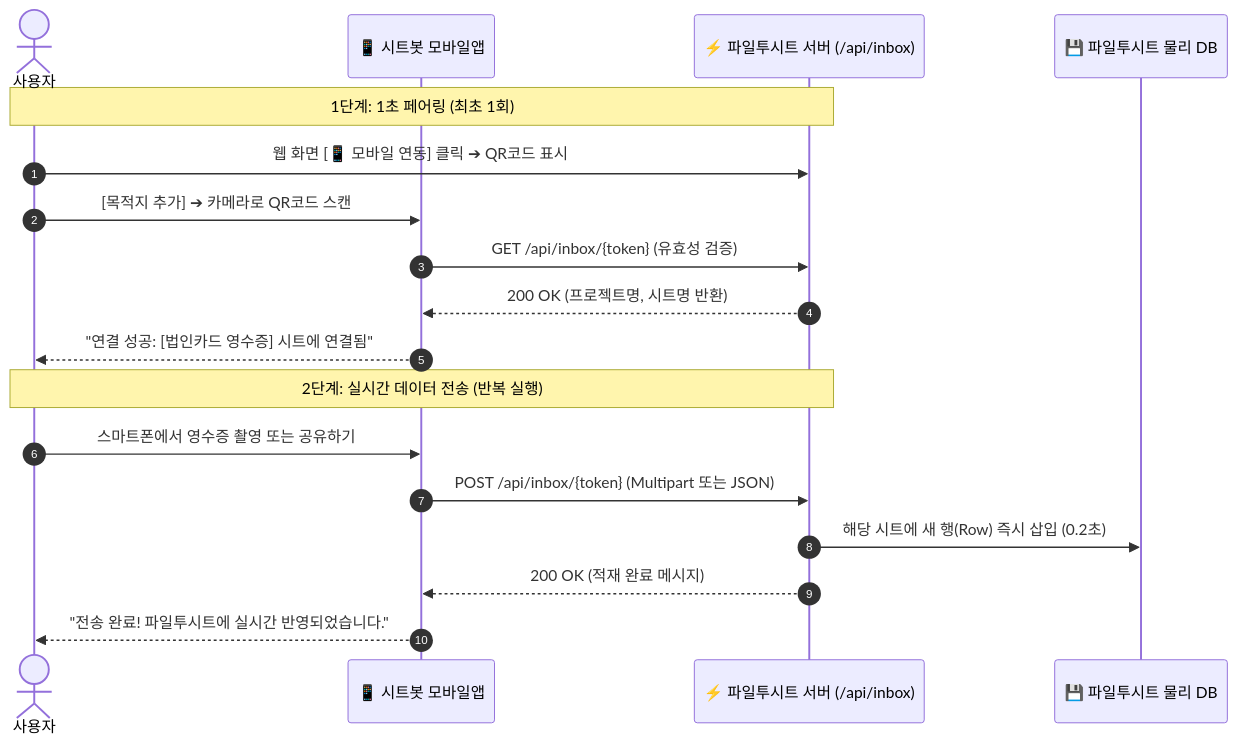
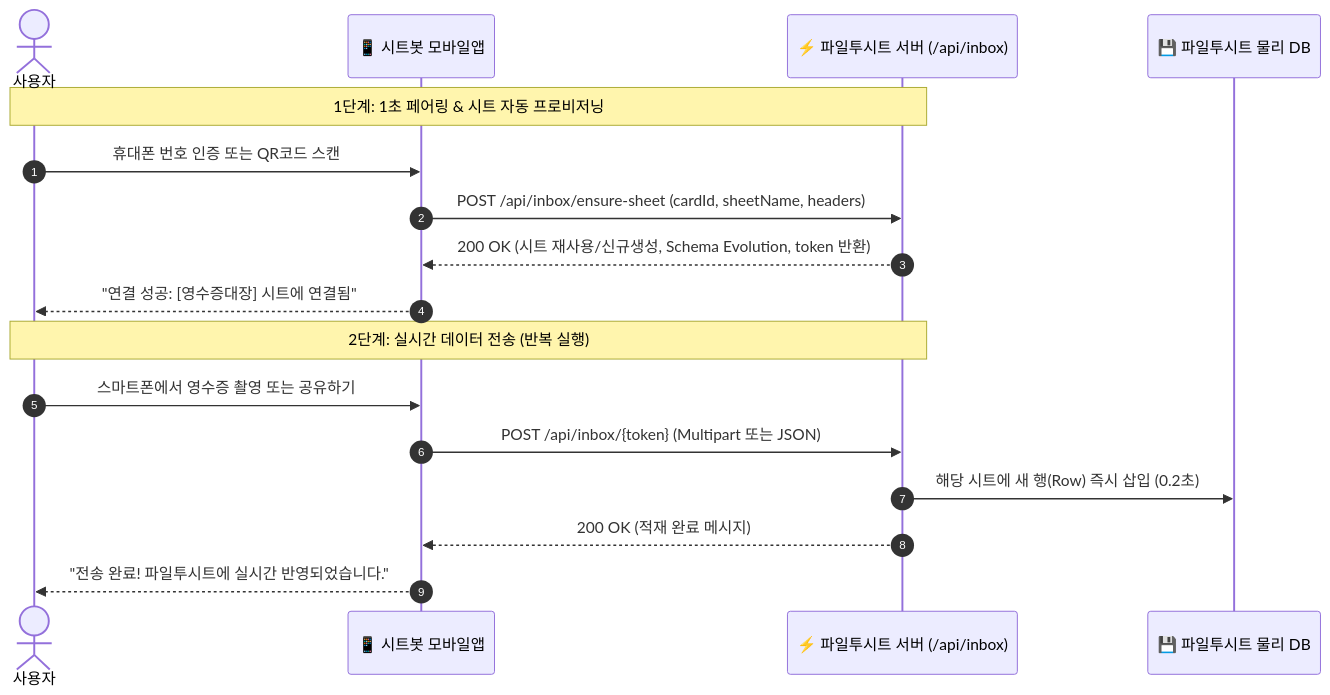
The diagram in SheetBot_Mobile_Integration_Guide.md (Charismagreat/SheetBot), drawn with Mermaid before and after one commit. The commit also changed other lines of this file and 10 other files, not shown here.

Commit message:
feat(agent): implement FileToSheet ensure-sheet API spec & per-card schema evolution routing (v2.4.9)

````diff
--- a/SheetBot_Mobile_Integration_Guide.md
+++ b/SheetBot_Mobile_Integration_Guide.md
@@ -14,22 +14,21 @@
 ```mermaid
 sequenceDiagram
     autonumber
     actor User as 사용자
     participant App as 📱 시트봇 모바일앱
     participant FTS as ⚡ 파일투시트 서버 (/api/inbox)
     participant DB as 💾 파일투시트 물리 DB
 
-    Note over User, FTS: 1단계: 1초 페어링 (최초 1회)
-    User->>FTS: 웹 화면 [📱 모바일 연동] 클릭 ➔ QR코드 표시
-    User->>App: [목적지 추가] ➔ 카메라로 QR코드 스캔
-    App->>FTS: GET /api/inbox/{token} (유효성 검증)
-    FTS-->>App: 200 OK (프로젝트명, 시트명 반환)
-    App-->>User: "연결 성공: [법인카드 영수증] 시트에 연결됨"
+    Note over User, FTS: 1단계: 1초 페어링 & 시트 자동 프로비저닝
+    User->>App: 휴대폰 번호 인증 또는 QR코드 스캔
+    App->>FTS: POST /api/inbox/ensure-sheet (cardId, sheetName, headers)
+    FTS-->>App: 200 OK (시트 재사용/신규생성, Schema Evolution, token 반환)
+    App-->>User: "연결 성공: [영수증대장] 시트에 연결됨"
 
     Note over User, FTS: 2단계: 실시간 데이터 전송 (반복 실행)
     User->>App: 스마트폰에서 영수증 촬영 또는 공유하기
     App->>FTS: POST /api/inbox/{token} (Multipart 또는 JSON)
     FTS->>DB: 해당 시트에 새 행(Row) 즉시 삽입 (0.2초)
     FTS-->>App: 200 OK (적재 완료 메시지)
     App-->>User: "전송 완료! 파일투시트에 실시간 반영되었습니다."
 ```
````
